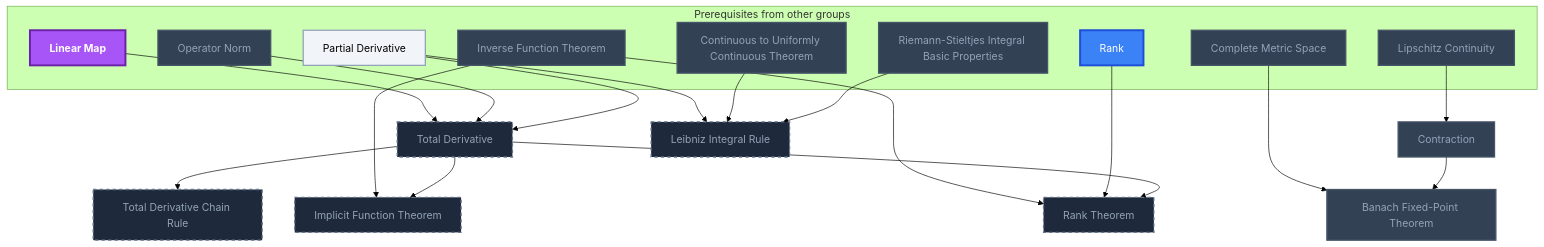
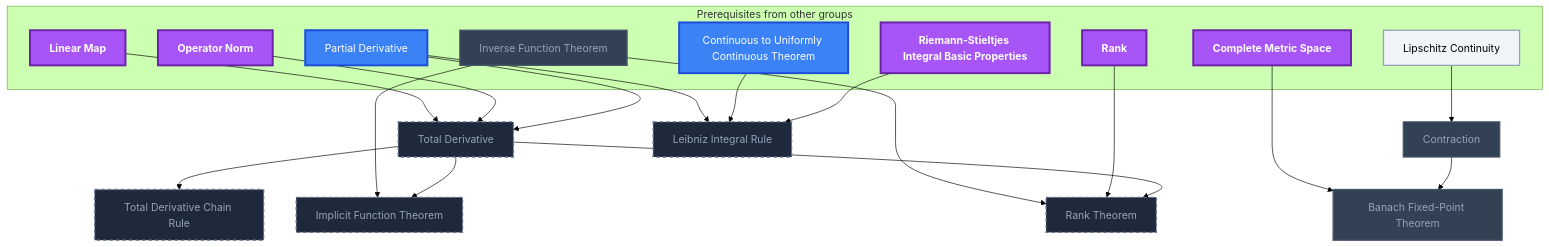
Before and after one commit to MRauf1/My-Notes: diagram 15 of 22 in Gamification/Skill Trees/Real Analysis.md, drawn with Mermaid (forest theme). The commit also changed other lines of this file and 145 other files, not shown here.

````diff
--- a/Gamification/Skill Trees/Real Analysis.md
+++ b/Gamification/Skill Trees/Real Analysis.md
@@ -1229,51 +1266,51 @@
 ```mermaid
 flowchart TD
     classDef planned fill:#1E293B,stroke:#64748B,stroke-width:2px,stroke-dasharray:5 5,color:#94A3B8;
     classDef locked fill:#334155,stroke:#475569,stroke-width:2px,color:#94A3B8;
     classDef L0 fill:#F1F5F9,stroke:#94A3B8,stroke-width:2px,color:#000000;
     classDef L1 fill:#22C55E,stroke:#15803D,stroke-width:2px,color:#000000;
     classDef L2 fill:#3B82F6,stroke:#1D4ED8,stroke-width:3px,color:#FFFFFF;
     classDef L3 fill:#A855F7,stroke:#6B21A8,stroke-width:3px,color:#FFFFFF,font-weight:bold;
     classDef L4 fill:#F97316,stroke:#C2410C,stroke-width:4px,color:#000000,font-weight:bold;
     classDef L5 fill:#FFD700,stroke:#FF8C00,stroke-width:5px,color:#000000,font-weight:bold;
     classDef rusty stroke:#8B4513,stroke-width:4px,stroke-dasharray:3 3;
     subgraph sg_prereqs["Prerequisites from other groups"]
         n_linear_map["Linear Map"]
         n_operator_norm["Operator Norm"]
         n_partial_derivative["Partial Derivative"]
         n_lipschitz_continuity["Lipschitz Continuity"]
         n_complete_metric_space["Complete Metric Space"]
         n_inverse_function_theorem["Inverse Function Theorem"]
         n_rank["Rank"]
         n_continuous_to_uniformly_continuous_theorem["Continuous to Uniformly Continuous Theorem"]
         n_riemann_stieltjes_integral_basic_properties["Riemann-Stieltjes Integral Basic Properties"]
     end
     n_total_derivative["Total Derivative"]
     n_total_derivative_chain_rule["Total Derivative Chain Rule"]
     n_contraction["Contraction"]
     n_banach_fixed_point_theorem["Banach Fixed-Point Theorem"]
     n_implicit_function_theorem["Implicit Function Theorem"]
     n_rank_theorem["Rank Theorem"]
     n_leibniz_integral_rule["Leibniz Integral Rule"]
     n_linear_map --> n_total_derivative
     n_operator_norm --> n_total_derivative
     n_partial_derivative --> n_total_derivative
     n_total_derivative --> n_total_derivative_chain_rule
     n_lipschitz_continuity --> n_contraction
     n_complete_metric_space --> n_banach_fixed_point_theorem
     n_contraction --> n_banach_fixed_point_theorem
     n_inverse_function_theorem --> n_implicit_function_theorem
     n_total_derivative --> n_implicit_function_theorem
     n_inverse_function_theorem --> n_rank_theorem
     n_rank --> n_rank_theorem
     n_total_derivative --> n_rank_theorem
     n_partial_derivative --> n_leibniz_integral_rule
     n_continuous_to_uniformly_continuous_theorem --> n_leibniz_integral_rule
     n_riemann_stieltjes_integral_basic_properties --> n_leibniz_integral_rule
     class n_total_derivative,n_total_derivative_chain_rule,n_implicit_function_theorem,n_rank_theorem,n_leibniz_integral_rule planned;
-    class n_operator_norm,n_lipschitz_continuity,n_complete_metric_space,n_inverse_function_theorem,n_continuous_to_uniformly_continuous_theorem,n_riemann_stieltjes_integral_basic_properties,n_contraction,n_banach_fixed_point_theorem locked;
-    class n_partial_derivative L0;
-    class n_rank L2;
-    class n_linear_map L3;
+    class n_inverse_function_theorem,n_contraction,n_banach_fixed_point_theorem locked;
+    class n_lipschitz_continuity L0;
+    class n_partial_derivative,n_continuous_to_uniformly_continuous_theorem L2;
+    class n_linear_map,n_operator_norm,n_complete_metric_space,n_rank,n_riemann_stieltjes_integral_basic_properties L3;
     class n_linear_map,n_operator_norm,n_partial_derivative,n_lipschitz_continuity,n_complete_metric_space,n_inverse_function_theorem,n_rank,n_continuous_to_uniformly_continuous_theorem,n_riemann_stieltjes_integral_basic_properties,n_contraction,n_banach_fixed_point_theorem internal-link;
 ```
````
